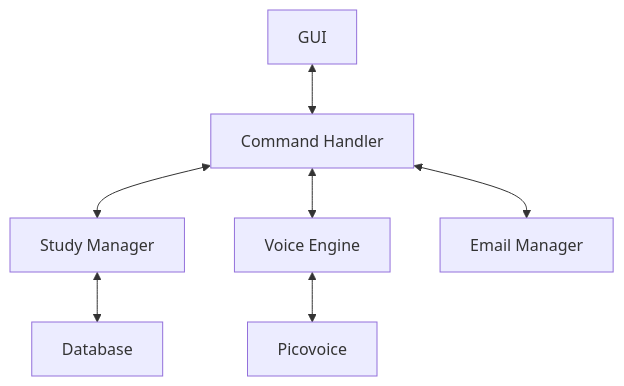
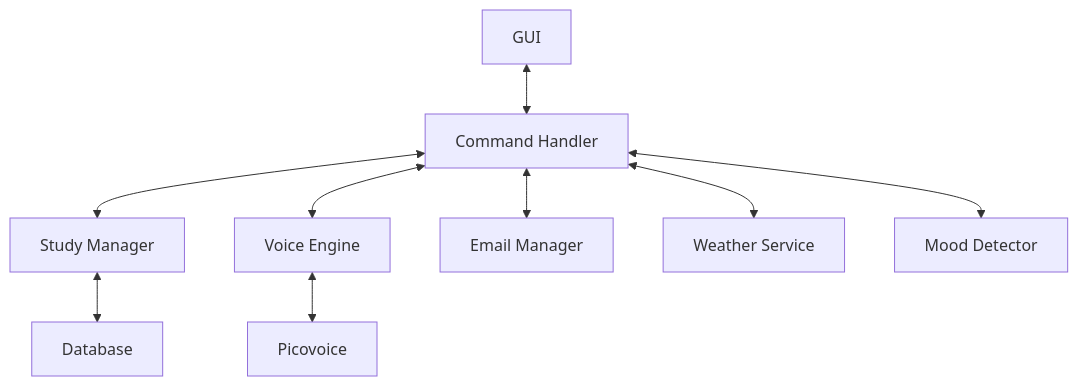
One commit to Mainali1/Ai-Anna changed the diagram in README.md. Above: the diagram before and after it, drawn with Mermaid. The commit also changed other lines of this file, not shown here.

````diff
--- a/README.md
+++ b/README.md
@@ -103,9 +117,11 @@
 ```mermaid
 graph TD
     A[GUI] <--> B[Command Handler]
     B <--> C[Study Manager]
     B <--> D[Voice Engine]
     B <--> E[Email Manager]
+    B <--> H[Weather Service]
+    B <--> I[Mood Detector]
     C <--> F[Database]
     D <--> G[Picovoice]
 ```
````
